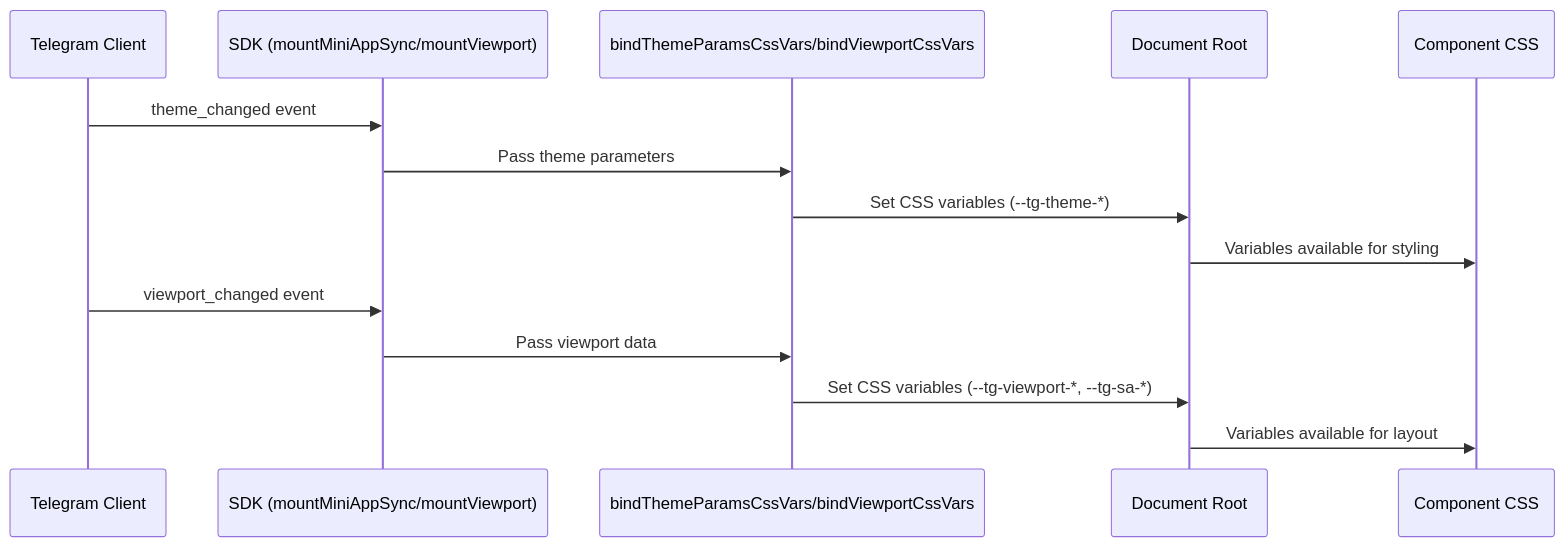
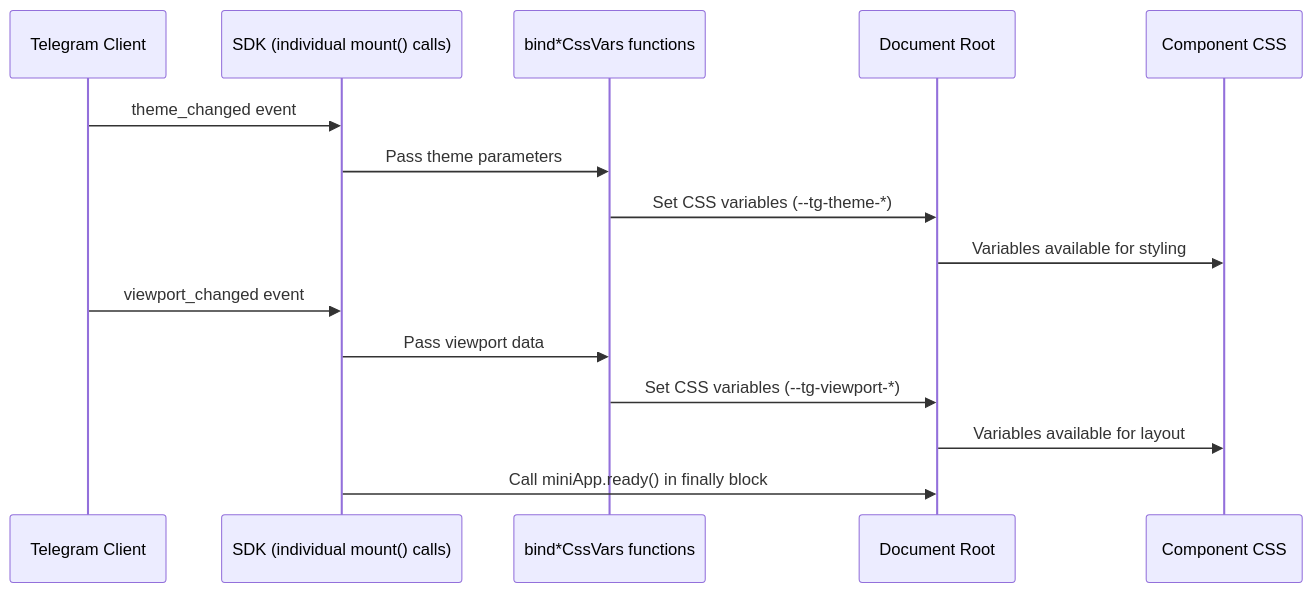
The second of 4 diagrams in .qoder/repowiki/en/content/Core Architecture/Theme and Viewport Integration.md (Miaterio/Passion-bot-2), drawn with Mermaid before and after one commit. The commit also changed other lines of this file and 5 other files, not shown here.

````diff
--- a/.qoder/repowiki/en/content/Core Architecture/Theme and Viewport Integration.md
+++ b/.qoder/repowiki/en/content/Core Architecture/Theme and Viewport Integration.md
@@ -74,16 +97,17 @@
 ```mermaid
 sequenceDiagram
 participant Telegram as Telegram Client
-participant SDK as SDK (mountMiniAppSync/mountViewport)
-participant Binder as bindThemeParamsCssVars/bindViewportCssVars
+participant SDK as SDK (individual mount() calls)
+participant Binder as bind*CssVars functions
 participant DOM as Document Root
 participant CSS as Component CSS
 Telegram->>SDK : theme_changed event
 SDK->>Binder : Pass theme parameters
 Binder->>DOM : Set CSS variables (--tg-theme-*)
 DOM->>CSS : Variables available for styling
 Telegram->>SDK : viewport_changed event
 SDK->>Binder : Pass viewport data
-Binder->>DOM : Set CSS variables (--tg-viewport-*, --tg-sa-*)
+Binder->>DOM : Set CSS variables (--tg-viewport-*)
 DOM->>CSS : Variables available for layout
+SDK->>DOM : Call miniApp.ready() in finally block
 ```
````
